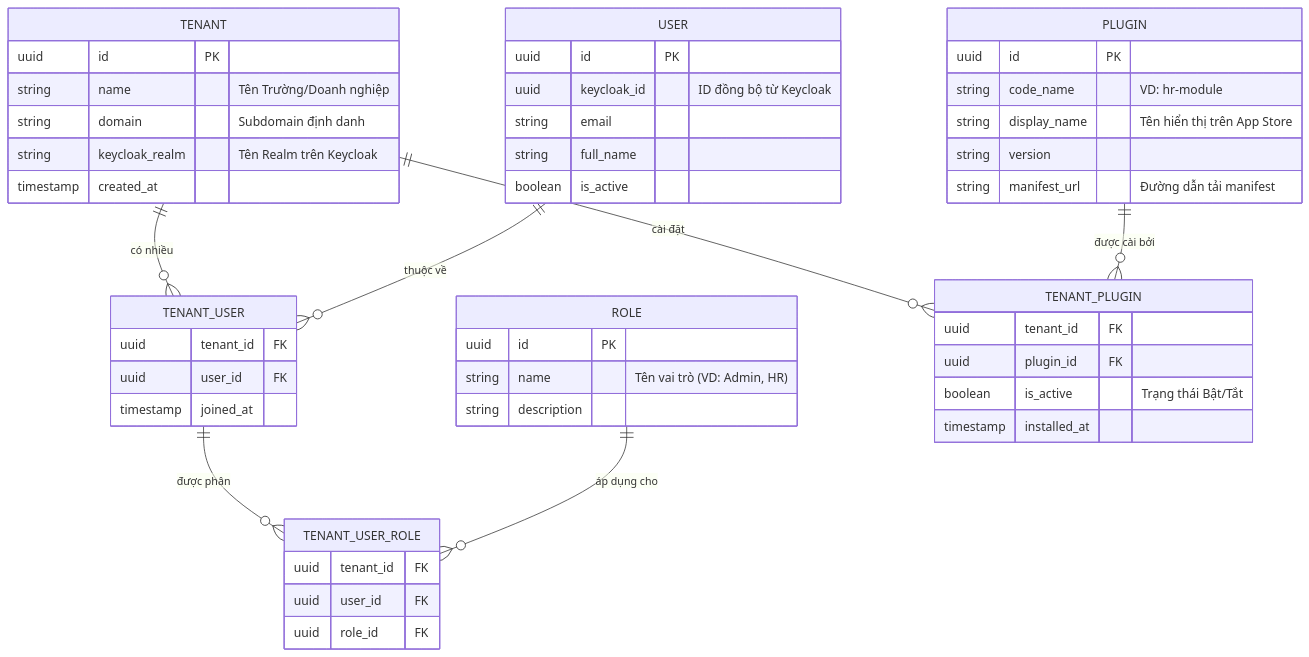
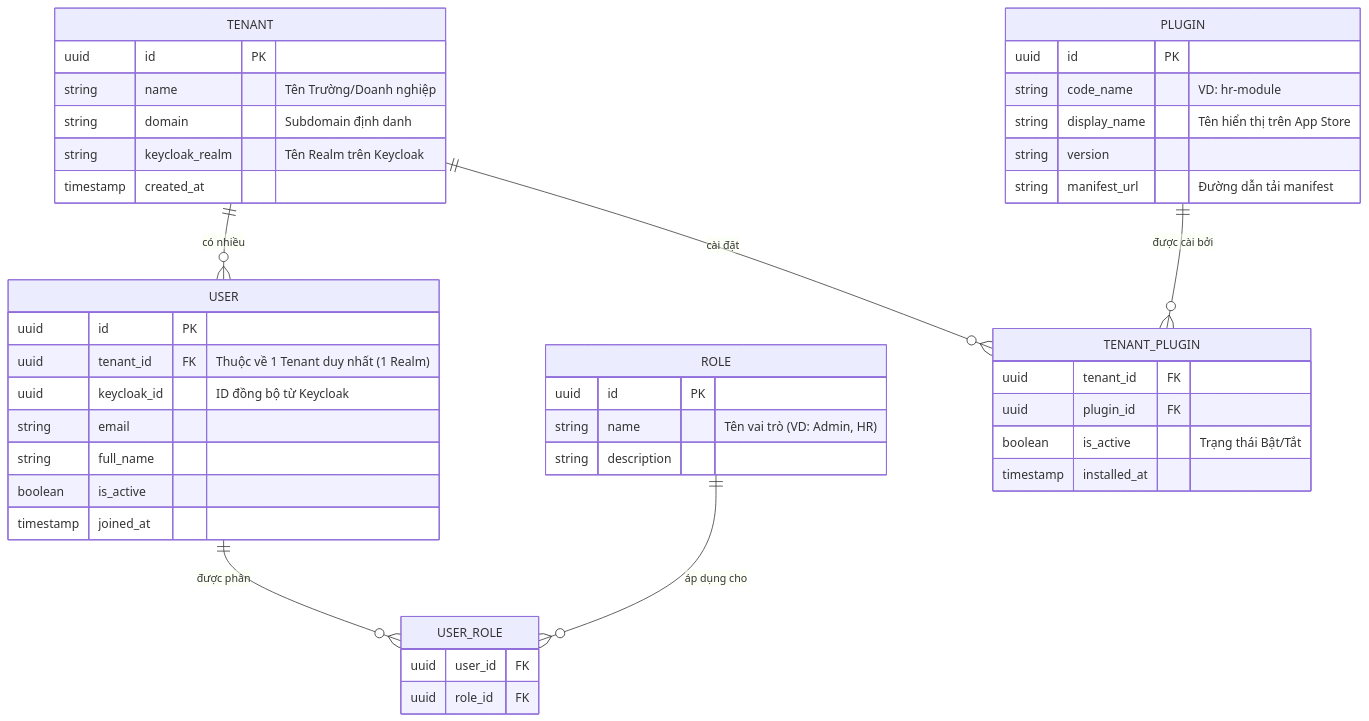
The diagram in docs/erd.md (CuongKenn/ICTU_Proteus-os), drawn with Mermaid before and after one commit. The commit also changed other lines of this file and 4 other files, not shown here.

Commit message:
docs: update and clarify Proteus OS architecture and features

````diff
--- a/docs/erd.md
+++ b/docs/erd.md
@@ -11,60 +11,53 @@
 ```mermaid
 erDiagram
     TENANT {
         uuid id PK
         string name "Tên Trường/Doanh nghiệp"
         string domain "Subdomain định danh"
         string keycloak_realm "Tên Realm trên Keycloak"
         timestamp created_at
     }
     
     USER {
         uuid id PK
+        uuid tenant_id FK "Thuộc về 1 Tenant duy nhất (1 Realm)"
         uuid keycloak_id "ID đồng bộ từ Keycloak"
         string email
         string full_name
         boolean is_active
-    }
-    
-    TENANT_USER {
-        uuid tenant_id FK
-        uuid user_id FK
         timestamp joined_at
     }
     
     ROLE {
         uuid id PK
         string name "Tên vai trò (VD: Admin, HR)"
         string description
     }
     
-    TENANT_USER_ROLE {
-        uuid tenant_id FK
+    USER_ROLE {
         uuid user_id FK
         uuid role_id FK
     }
     
     PLUGIN {
         uuid id PK
         string code_name "VD: hr-module"
         string display_name "Tên hiển thị trên App Store"
         string version
         string manifest_url "Đường dẫn tải manifest"
     }
     
     TENANT_PLUGIN {
         uuid tenant_id FK
         uuid plugin_id FK
         boolean is_active "Trạng thái Bật/Tắt"
         timestamp installed_at
     }
 
-    TENANT ||--o{ TENANT_USER : "có nhiều"
-    USER ||--o{ TENANT_USER : "thuộc về"
-    
-    TENANT_USER ||--o{ TENANT_USER_ROLE : "được phân"
-    ROLE ||--o{ TENANT_USER_ROLE : "áp dụng cho"
+    TENANT ||--o{ USER : "có nhiều"
+    USER ||--o{ USER_ROLE : "được phân"
+    ROLE ||--o{ USER_ROLE : "áp dụng cho"
     
     TENANT ||--o{ TENANT_PLUGIN : "cài đặt"
     PLUGIN ||--o{ TENANT_PLUGIN : "được cài bởi"
 ```
````
